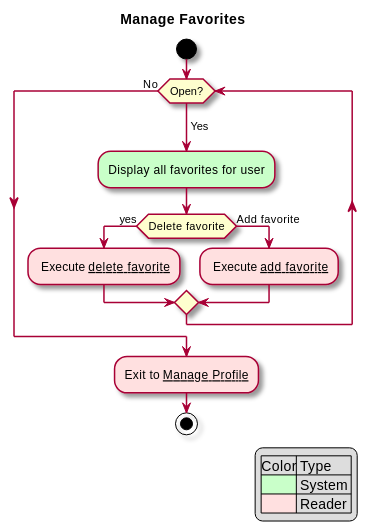
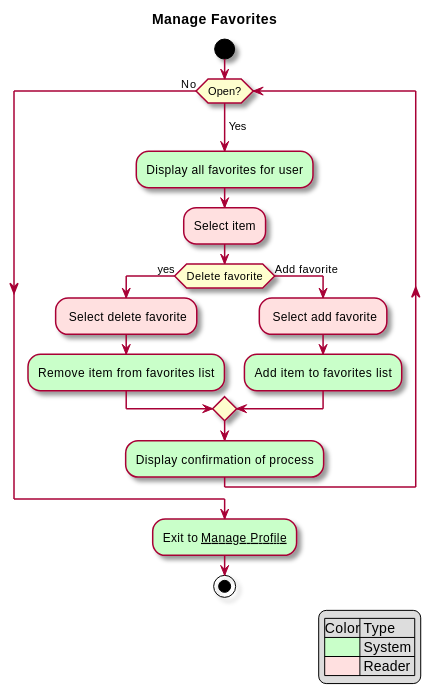
The diagram in intellij/doc/use-cases/manage-favorites.md (sashap100/Vassar-Dining-App), drawn with PlantUML before and after one commit. The commit also changed other lines of this file and 2 other files, not shown here.

Commit message:
Updated all use cases to fully dressed

````diff
--- a/intellij/doc/use-cases/manage-favorites.md
+++ b/intellij/doc/use-cases/manage-favorites.md
@@ -25,23 +24,27 @@
 ```plantuml
 @startuml
 
 skin rose
 title Manage Favorites
 legend right
     |Color| Type |
     |<#technology>| System |
     |<#implementation>| Reader |
 endlegend
 start
 while (Open?) is (\nYes)
 #technology:Display all favorites for user;
+#implementation:Select item;
 If (Delete favorite) then (yes)
-    #implementation: Execute __delete favorite__;
+    #implementation: Select delete favorite;
+    #technology:Remove item from favorites list;
 else (Add favorite)
-     #implementation: Execute __add favorite__;
+     #implementation: Select add favorite;
+     #technology:Add item to favorites list;
 endif
+#technology:Display confirmation of process;
 endwhile (No)
-#implementation:Exit to __Manage Profile__;
+#technology:Exit to __Manage Profile__;
 stop
 @enduml
 ```
````
